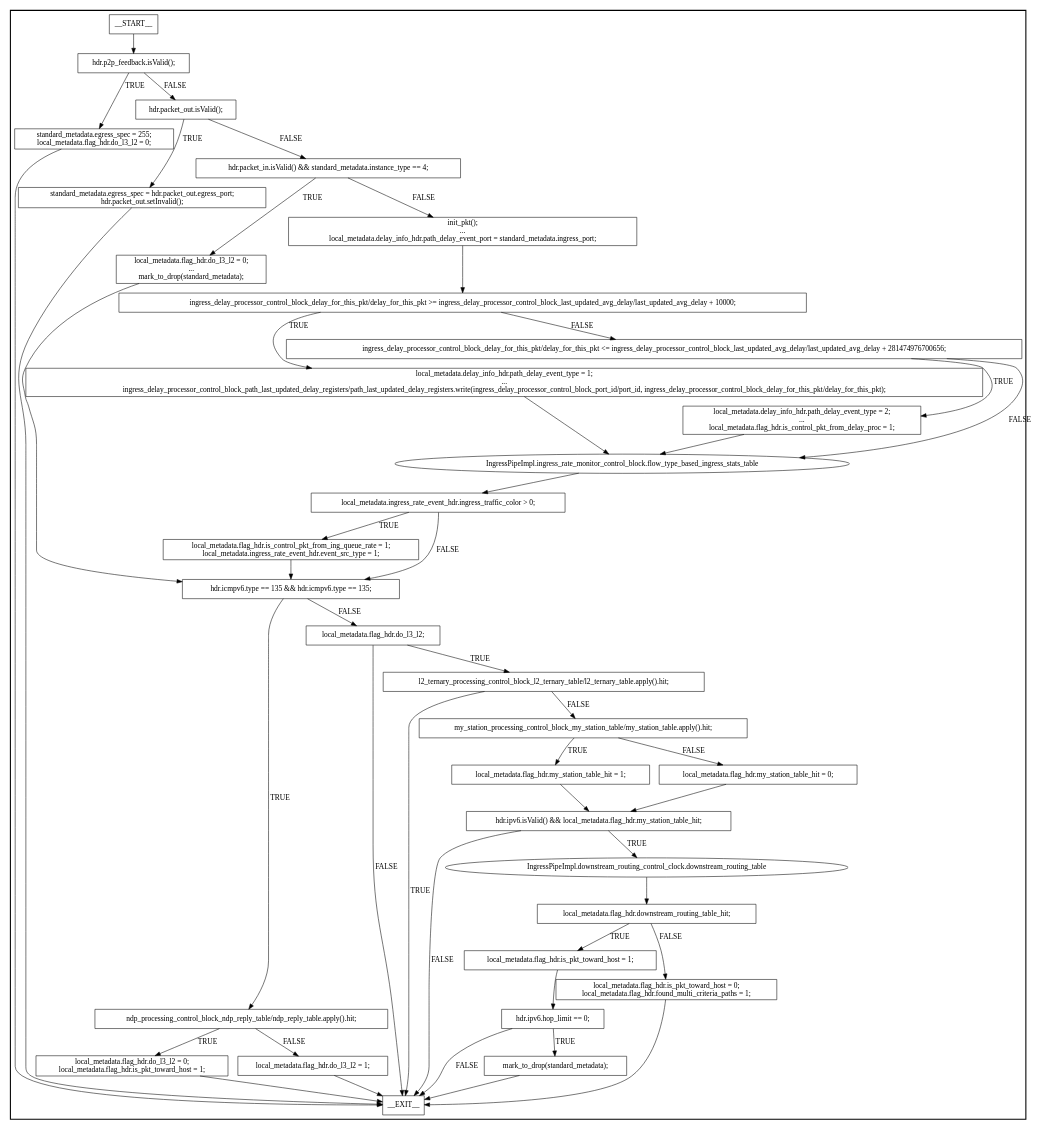
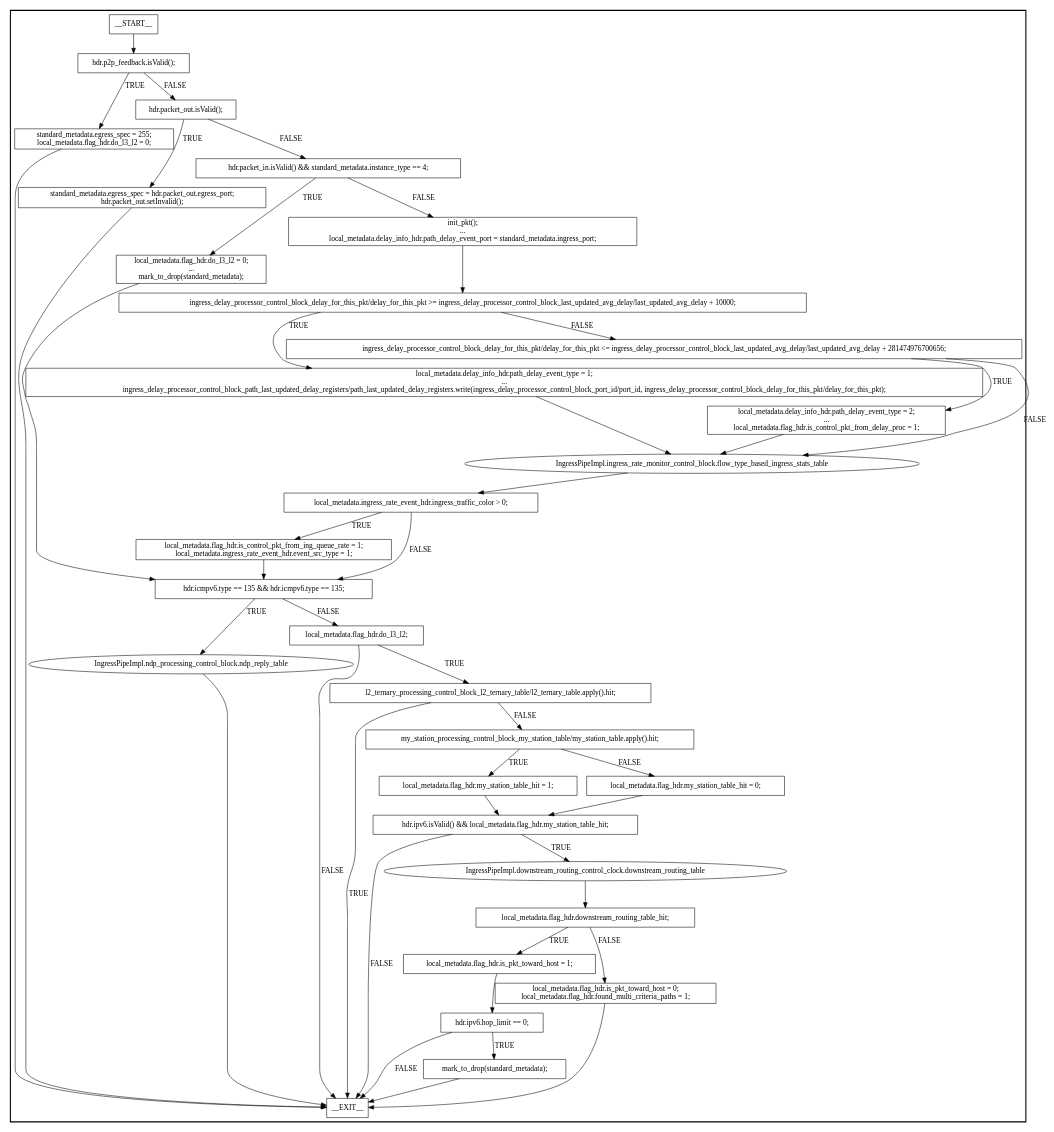
One commit to drobinkent/P4TE_UPTO_ELSEVIER_CN_REVISION_1 changed the diagram in p4src/graphs/leaf/IngressPipeImpl.dot. Above: the diagram before and after it, drawn with Graphviz. The commit also changed 11 other files, not shown here.

```diff
--- a/p4src/graphs/leaf/IngressPipeImpl.dot
+++ b/p4src/graphs/leaf/IngressPipeImpl.dot
@@ -1,96 +1,90 @@
 digraph IngressPipeImpl {
 subgraph cluster {
 graph [
 label="", labeljust=r, style=bold];
 0[label=__START__, margin="", shape=rectangle, style=solid];
 1[label=__EXIT__, margin="", shape=rectangle, style=solid];
 2[label="hdr.p2p_feedback.isValid();", margin="", shape=rectangle, style=solid];
 3[label="standard_metadata.egress_spec = 255;
 local_metadata.flag_hdr.do_l3_l2 = 0;", margin="", shape=rectangle, style=solid];
 4[label="hdr.packet_out.isValid();", margin="", shape=rectangle, style=solid];
 5[label="standard_metadata.egress_spec = hdr.packet_out.egress_port;
 hdr.packet_out.setInvalid();", margin="", shape=rectangle, style=solid];
 6[label="hdr.packet_in.isValid() && standard_metadata.instance_type == 4;", margin="", shape=rectangle, style=solid];
 7[label="local_metadata.flag_hdr.do_l3_l2 = 0;
 ...
 mark_to_drop(standard_metadata);", margin="", shape=rectangle, style=solid];
 8[label="init_pkt();
 ...
 local_metadata.delay_info_hdr.path_delay_event_port = standard_metadata.ingress_port;", margin="", shape=rectangle, style=solid];
 9[label="ingress_delay_processor_control_block_delay_for_this_pkt/delay_for_this_pkt >= ingress_delay_processor_control_block_last_updated_avg_delay/last_updated_avg_delay + 10000;", margin="", shape=rectangle, style=solid];
 10[label="local_metadata.delay_info_hdr.path_delay_event_type = 1;
 ...
 ingress_delay_processor_control_block_path_last_updated_delay_registers/path_last_updated_delay_registers.write(ingress_delay_processor_control_block_port_id/port_id, ingress_delay_processor_control_block_delay_for_this_pkt/delay_for_this_pkt);", margin="", shape=rectangle, style=solid];
 11[label="ingress_delay_processor_control_block_delay_for_this_pkt/delay_for_this_pkt <= ingress_delay_processor_control_block_last_updated_avg_delay/last_updated_avg_delay + 281474976700656;", margin="", shape=rectangle, style=solid];
 12[label="local_metadata.delay_info_hdr.path_delay_event_type = 2;
 ...
 local_metadata.flag_hdr.is_control_pkt_from_delay_proc = 1;", margin="", shape=rectangle, style=solid];
 13[label="IngressPipeImpl.ingress_rate_monitor_control_block.flow_type_based_ingress_stats_table", margin="", shape=ellipse, style=solid];
 14[label="local_metadata.ingress_rate_event_hdr.ingress_traffic_color > 0;", margin="", shape=rectangle, style=solid];
 15[label="local_metadata.flag_hdr.is_control_pkt_from_ing_queue_rate = 1;
 local_metadata.ingress_rate_event_hdr.event_src_type = 1;", margin="", shape=rectangle, style=solid];
 16[label="hdr.icmpv6.type == 135 && hdr.icmpv6.type == 135;", margin="", shape=rectangle, style=solid];
-17[label="ndp_processing_control_block_ndp_reply_table/ndp_reply_table.apply().hit;", margin="", shape=rectangle, style=solid];
-18[label="local_metadata.flag_hdr.do_l3_l2 = 0;
-local_metadata.flag_hdr.is_pkt_toward_host = 1;", margin="", shape=rectangle, style=solid];
-19[label="local_metadata.flag_hdr.do_l3_l2 = 1;", margin="", shape=rectangle, style=solid];
-20[label="local_metadata.flag_hdr.do_l3_l2;", margin="", shape=rectangle, style=solid];
-21[label="l2_ternary_processing_control_block_l2_ternary_table/l2_ternary_table.apply().hit;", margin="", shape=rectangle, style=solid];
-22[label="my_station_processing_control_block_my_station_table/my_station_table.apply().hit;", margin="", shape=rectangle, style=solid];
-23[label="local_metadata.flag_hdr.my_station_table_hit = 1;", margin="", shape=rectangle, style=solid];
-24[label="local_metadata.flag_hdr.my_station_table_hit = 0;", margin="", shape=rectangle, style=solid];
-25[label="hdr.ipv6.isValid() && local_metadata.flag_hdr.my_station_table_hit;", margin="", shape=rectangle, style=solid];
-26[label="IngressPipeImpl.downstream_routing_control_clock.downstream_routing_table", margin="", shape=ellipse, style=solid];
-27[label="local_metadata.flag_hdr.downstream_routing_table_hit;", margin="", shape=rectangle, style=solid];
-28[label="local_metadata.flag_hdr.is_pkt_toward_host = 1;", margin="", shape=rectangle, style=solid];
-29[label="hdr.ipv6.hop_limit == 0;", margin="", shape=rectangle, style=solid];
-30[label="mark_to_drop(standard_metadata);", margin="", shape=rectangle, style=solid];
-31[label="local_metadata.flag_hdr.is_pkt_toward_host = 0;
+17[label="IngressPipeImpl.ndp_processing_control_block.ndp_reply_table", margin="", shape=ellipse, style=solid];
+18[label="local_metadata.flag_hdr.do_l3_l2;", margin="", shape=rectangle, style=solid];
+19[label="l2_ternary_processing_control_block_l2_ternary_table/l2_ternary_table.apply().hit;", margin="", shape=rectangle, style=solid];
+20[label="my_station_processing_control_block_my_station_table/my_station_table.apply().hit;", margin="", shape=rectangle, style=solid];
+21[label="local_metadata.flag_hdr.my_station_table_hit = 1;", margin="", shape=rectangle, style=solid];
+22[label="local_metadata.flag_hdr.my_station_table_hit = 0;", margin="", shape=rectangle, style=solid];
+23[label="hdr.ipv6.isValid() && local_metadata.flag_hdr.my_station_table_hit;", margin="", shape=rectangle, style=solid];
+24[label="IngressPipeImpl.downstream_routing_control_clock.downstream_routing_table", margin="", shape=ellipse, style=solid];
+25[label="local_metadata.flag_hdr.downstream_routing_table_hit;", margin="", shape=rectangle, style=solid];
+26[label="local_metadata.flag_hdr.is_pkt_toward_host = 1;", margin="", shape=rectangle, style=solid];
+27[label="hdr.ipv6.hop_limit == 0;", margin="", shape=rectangle, style=solid];
+28[label="mark_to_drop(standard_metadata);", margin="", shape=rectangle, style=solid];
+29[label="local_metadata.flag_hdr.is_pkt_toward_host = 0;
 local_metadata.flag_hdr.found_multi_criteria_paths = 1;", margin="", shape=rectangle, style=solid];
 0 -> 2[label=""];
 2 -> 3[label=TRUE];
 2 -> 4[label=FALSE];
 3 -> 1[label=""];
 4 -> 5[label=TRUE];
 4 -> 6[label=FALSE];
 5 -> 1[label=""];
 6 -> 7[label=TRUE];
 6 -> 8[label=FALSE];
 7 -> 16[label=""];
 8 -> 9[label=""];
 9 -> 10[label=TRUE];
 9 -> 11[label=FALSE];
 10 -> 13[label=""];
 11 -> 12[label=TRUE];
 11 -> 13[label=FALSE];
 12 -> 13[label=""];
 13 -> 14[label=""];
 14 -> 15[label=TRUE];
 14 -> 16[label=FALSE];
 15 -> 16[label=""];
 16 -> 17[label=TRUE];
-16 -> 20[label=FALSE];
-17 -> 18[label=TRUE];
-17 -> 19[label=FALSE];
-18 -> 1[label=""];
-19 -> 1[label=""];
+16 -> 18[label=FALSE];
+17 -> 1[label=""];
+18 -> 19[label=TRUE];
+18 -> 1[label=FALSE];
+19 -> 1[label=TRUE];
+19 -> 20[label=FALSE];
 20 -> 21[label=TRUE];
-20 -> 1[label=FALSE];
-21 -> 1[label=TRUE];
-21 -> 22[label=FALSE];
-22 -> 23[label=TRUE];
-22 -> 24[label=FALSE];
-23 -> 25[label=""];
+20 -> 22[label=FALSE];
+21 -> 23[label=""];
+22 -> 23[label=""];
+23 -> 24[label=TRUE];
+23 -> 1[label=FALSE];
 24 -> 25[label=""];
 25 -> 26[label=TRUE];
-25 -> 1[label=FALSE];
+25 -> 29[label=FALSE];
 26 -> 27[label=""];
 27 -> 28[label=TRUE];
-27 -> 31[label=FALSE];
-28 -> 29[label=""];
-29 -> 30[label=TRUE];
-29 -> 1[label=FALSE];
-30 -> 1[label=""];
-31 -> 1[label=""];
+27 -> 1[label=FALSE];
+28 -> 1[label=""];
+29 -> 1[label=""];
 }
 }
```
